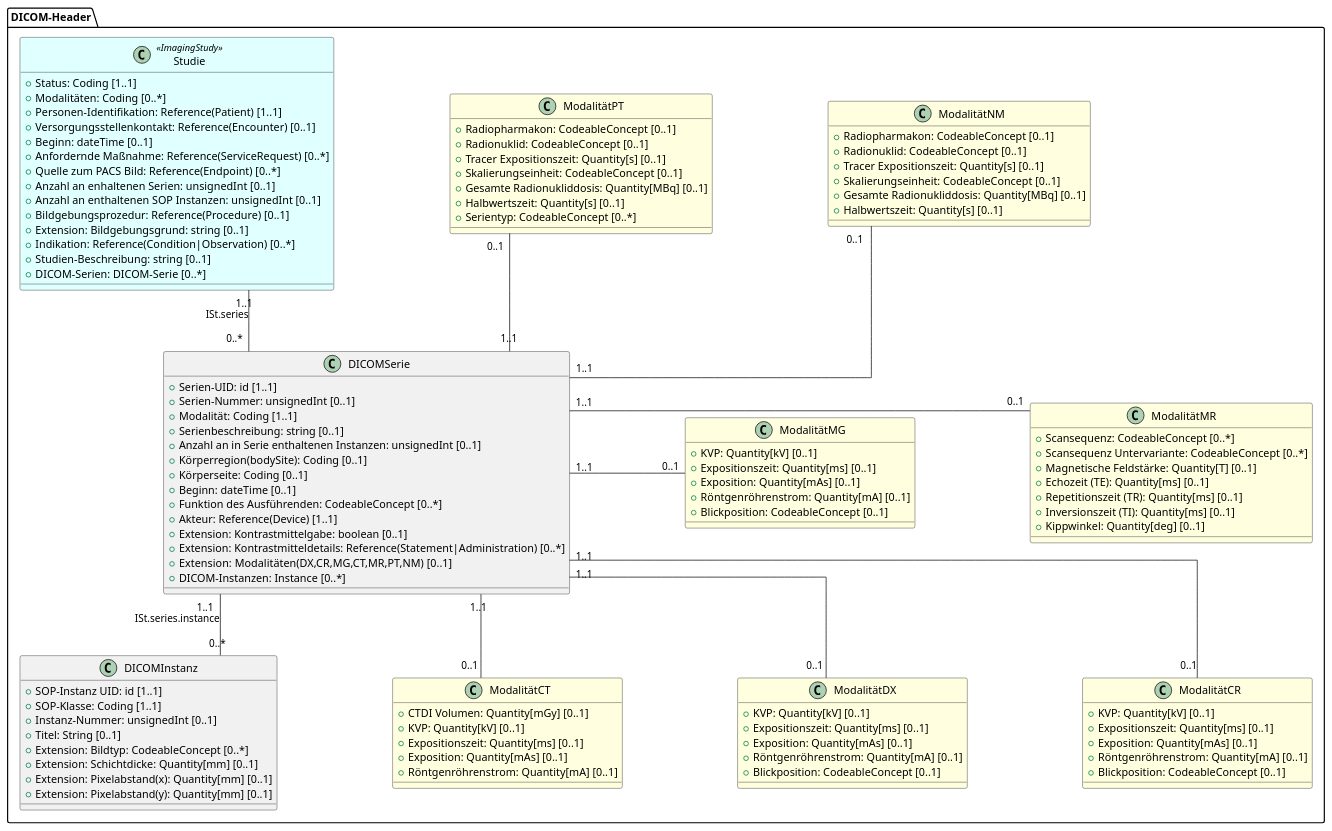
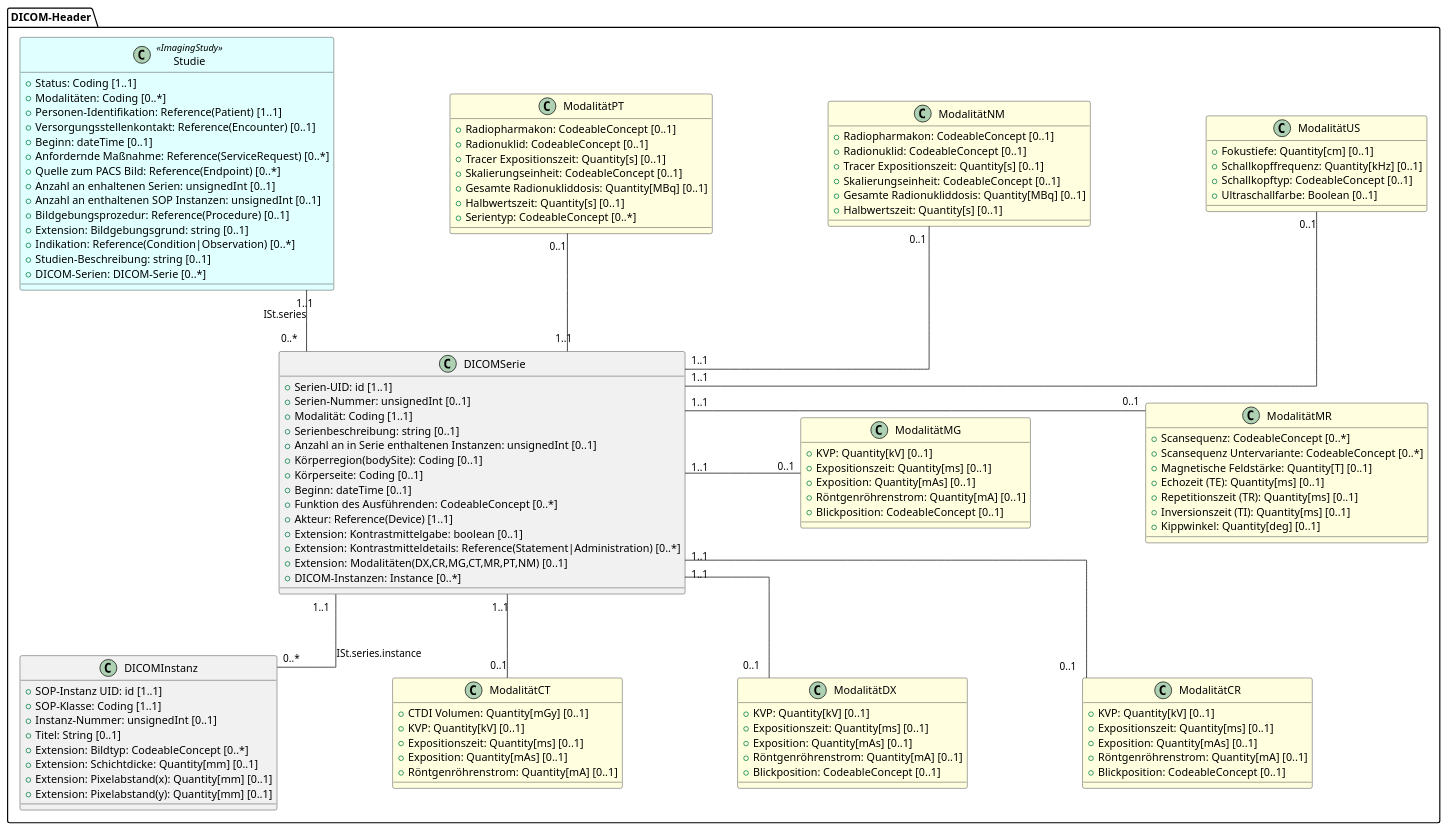
Before and after one commit to medizininformatik-initiative/kerndatensatz-bildgebung: the diagram in plantUmlSrc/UML Metadaten.plantuml, drawn with PlantUML. The commit also changed 3 other files, not shown here.

Commit message:
Add modality US to UML

```diff
--- a/plantUmlSrc/UML Metadaten.plantuml
+++ b/plantUmlSrc/UML Metadaten.plantuml
@@ -1,129 +1,138 @@
 @startuml UML Modul Bildgebung
 skinparam Linetype ortho
 skinparam Nodesep 150
 skinparam Ranksep 80
 skinparam legendBackgroundColor #white
 
 package "DICOM-Header" {
   class Studie <<ImagingStudy>> #LightCyan {
   + Status: Coding [1..1]
   + Modalitäten: Coding [0..*]
   + {field} Personen-Identifikation: Reference(Patient) [1..1]
   + {field} Versorgungsstellenkontakt: Reference(Encounter) [0..1]
   + Beginn: dateTime [0..1]
   + {field} Anfordernde Maßnahme: Reference(ServiceRequest) [0..*]
   + {field} Quelle zum PACS Bild: Reference(Endpoint) [0..*]
   + Anzahl an enhaltenen Serien: unsignedInt [0..1]
   + Anzahl an enthaltenen SOP Instanzen: unsignedInt [0..1]
   + {field} Bildgebungsprozedur: Reference(Procedure) [0..1]
   + Extension: Bildgebungsgrund: string [0..1]
   + {field} Indikation: Reference(Condition|Observation) [0..*]
   + Studien-Beschreibung: string [0..1]
   + DICOM-Serien: DICOM-Serie [0..*]
   }
 
   class DICOMSerie {
   + Serien-UID: id [1..1]
   + Serien-Nummer: unsignedInt [0..1]
   + Modalität: Coding [1..1]
   + Serienbeschreibung: string [0..1]
   + Anzahl an in Serie enthaltenen Instanzen: unsignedInt [0..1]
   + {field} Körperregion(bodySite): Coding [0..1]
   + Körperseite: Coding [0..1]
   + Beginn: dateTime [0..1]
   + Funktion des Ausführenden: CodeableConcept [0..*]
   + {field} Akteur: Reference(Device) [1..1]
   + Extension: Kontrastmittelgabe: boolean [0..1]
   + {field} Extension: Kontrastmitteldetails: Reference(Statement|Administration) [0..*]
   + {field} Extension: Modalitäten(DX,CR,MG,CT,MR,PT,NM) [0..1]
   + DICOM-Instanzen: Instance [0..*]
   }
 
   class DICOMInstanz {
   + SOP-Instanz UID: id [1..1]
   + SOP-Klasse: Coding [1..1]
   + Instanz-Nummer: unsignedInt [0..1]
   + Titel: String [0..1]
   + Extension: Bildtyp: CodeableConcept [0..*]
   + Extension: Schichtdicke: Quantity[mm] [0..1]
   + {field} Extension: Pixelabstand(x): Quantity[mm] [0..1]
   + {field} Extension: Pixelabstand(y): Quantity[mm] [0..1]
   }
 
   class ModalitätMR #LightYellow {
   + Scansequenz: CodeableConcept [0..*]
   + Scansequenz Untervariante: CodeableConcept [0..*]
   + Magnetische Feldstärke: Quantity[T] [0..1]
   + {field} Echozeit (TE): Quantity[ms] [0..1]
   + {field} Repetitionszeit (TR): Quantity[ms] [0..1]
   + {field} Inversionszeit (TI): Quantity[ms] [0..1]
   + Kippwinkel: Quantity[deg] [0..1]
   }
 
   class ModalitätCT #LightYellow {
   + CTDI Volumen: Quantity[mGy] [0..1]
   + KVP: Quantity[kV] [0..1]
   + Expositionszeit: Quantity[ms] [0..1]
   + Exposition: Quantity[mAs] [0..1]
   + Röntgenröhrenstrom: Quantity[mA] [0..1]
   } 
 
   class ModalitätDX #LightYellow {
   + KVP: Quantity[kV] [0..1]
   + Expositionszeit: Quantity[ms] [0..1]
   + Exposition: Quantity[mAs] [0..1]
   + Röntgenröhrenstrom: Quantity[mA] [0..1]
   + Blickposition: CodeableConcept [0..1]
   } 
 
   class ModalitätCR #LightYellow {
   + KVP: Quantity[kV] [0..1]
   + Expositionszeit: Quantity[ms] [0..1]
   + Exposition: Quantity[mAs] [0..1]
   + Röntgenröhrenstrom: Quantity[mA] [0..1]
   + Blickposition: CodeableConcept [0..1]
   } 
 
   class ModalitätMG #LightYellow {
   + KVP: Quantity[kV] [0..1]
   + Expositionszeit: Quantity[ms] [0..1]
   + Exposition: Quantity[mAs] [0..1]
   + Röntgenröhrenstrom: Quantity[mA] [0..1]
   + Blickposition: CodeableConcept [0..1]
   } 
 
   class ModalitätNM #LightYellow {
   + Radiopharmakon: CodeableConcept [0..1]
   + Radionuklid: CodeableConcept [0..1]
   + Tracer Expositionszeit: Quantity[s] [0..1]
   + Skalierungseinheit: CodeableConcept [0..1]
   + Gesamte Radionukliddosis: Quantity[MBq] [0..1]
   + Halbwertszeit: Quantity[s] [0..1]
   } 
 
   class ModalitätPT #LightYellow {
   + Radiopharmakon: CodeableConcept [0..1]
   + Radionuklid: CodeableConcept [0..1]
   + Tracer Expositionszeit: Quantity[s] [0..1]
   + Skalierungseinheit: CodeableConcept [0..1]
   + Gesamte Radionukliddosis: Quantity[MBq] [0..1]
   + Halbwertszeit: Quantity[s] [0..1]
   + Serientyp: CodeableConcept [0..*]
   }
+
+  class ModalitätUS #LightYellow {
+  + Fokustiefe: Quantity[cm] [0..1]
+  + Schallkopffrequenz: Quantity[kHz] [0..1]
+  + Schallkopftyp: CodeableConcept [0..1]
+  + Ultraschallfarbe: Boolean [0..1]
+  }
 }
 
 DICOMSerie "1..1" -- "0..*" DICOMInstanz: ISt.series.instance
 DICOMSerie "1..1" -r- "0..1" ModalitätMR
 DICOMSerie "1..1" -- "0..1" ModalitätCT
 DICOMSerie "1..1" -- "0..1" ModalitätDX
 DICOMSerie "1..1" -- "0..1" ModalitätCR
 DICOMSerie "1..1" -r- "0..1" ModalitätMG
 DICOMSerie "1..1" -u- "0..1" ModalitätNM
 DICOMSerie "1..1" -u- "0..1" ModalitätPT
+DICOMSerie "1..1" -u- "0..1" ModalitätUS
 
 Studie "1..1" -- "0..*" DICOMSerie: ISt.series
 
 ModalitätPT -[hidden]r- ModalitätNM
+ModalitätNM -[hidden]r- ModalitätUS
 
 
 @enduml
```
